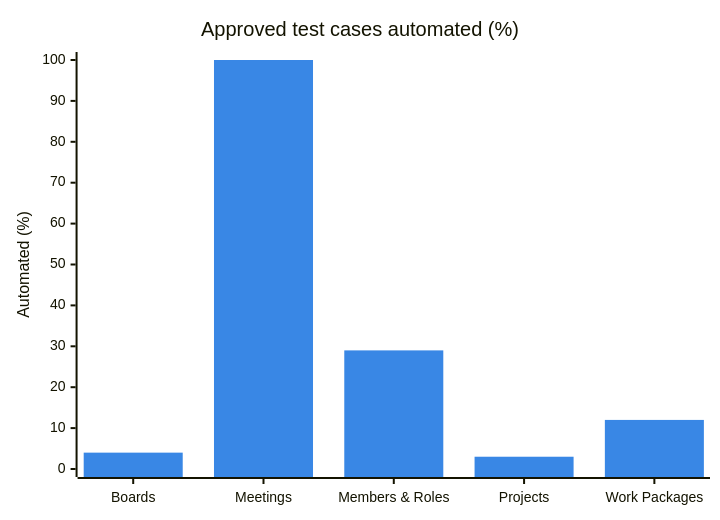
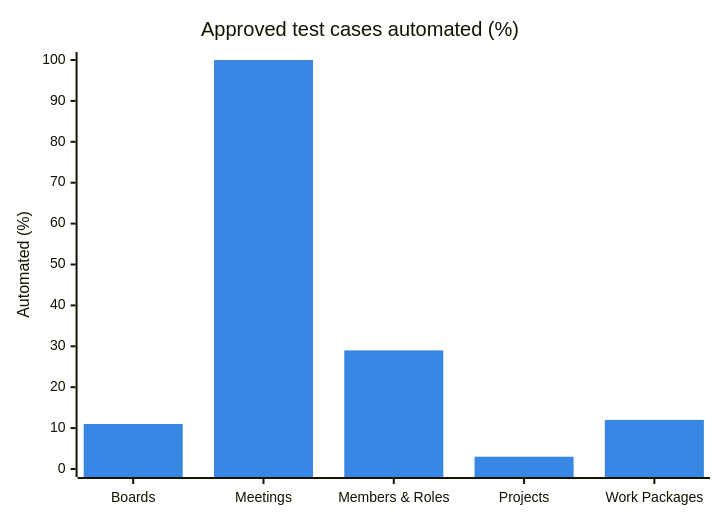
The first of 4 diagrams in specs/product/vault/Dashboard.md (Top-Q/playwright-typescript), drawn with Mermaid before and after one commit. The commit also changed other lines of this file and 6 other files, not shown here.

````diff
--- a/specs/product/vault/Dashboard.md
+++ b/specs/product/vault/Dashboard.md
@@ -23,8 +23,8 @@
 ```mermaid
 %%{init: {"themeVariables":{"xyChart":{"plotColorPalette":"#3987e5"}}}}%%
 xychart-beta
     title "Approved test cases automated (%)"
     x-axis ["Boards", "Meetings", "Members & Roles", "Projects", "Work Packages"]
     y-axis "Automated (%)" 0 --> 100
-    bar [4, 100, 29, 3, 12]
+    bar [11, 100, 29, 3, 12]
 ```
````
